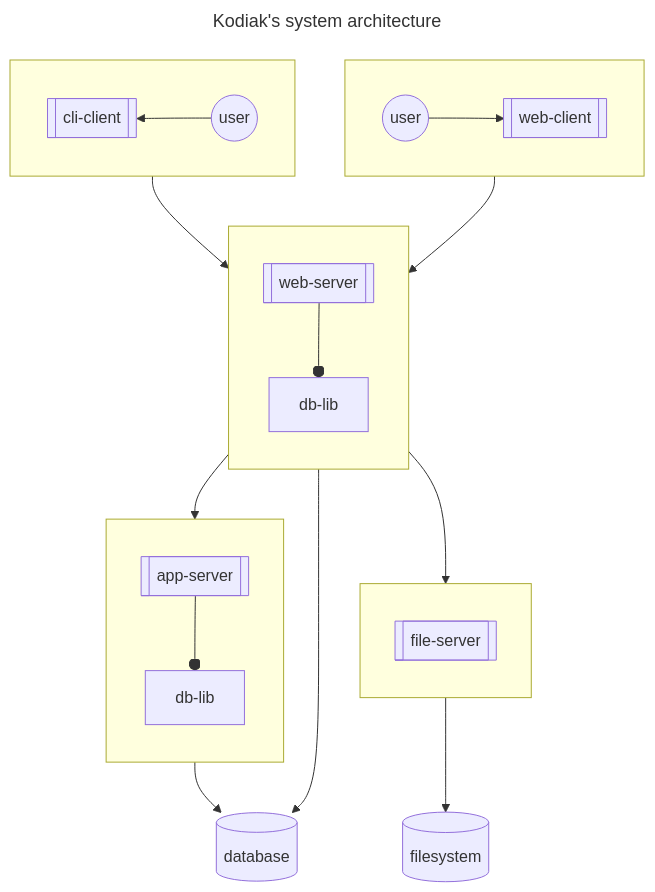
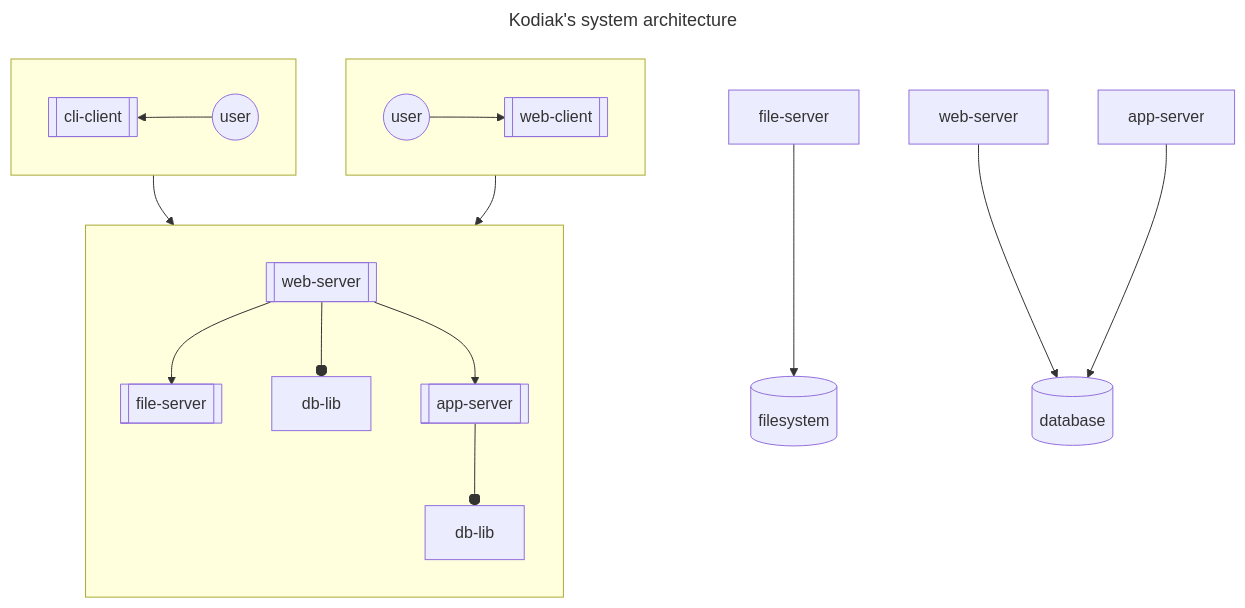
Before and after one commit to polarlabs/kodiak-diagrams: the first of 2 diagrams in SYSTEM-ARCHITECTURE.md, drawn with Mermaid.

Commit message:
fix: rearrange boxes.

````diff
--- a/SYSTEM-ARCHITECTURE.md
+++ b/SYSTEM-ARCHITECTURE.md
@@ -5,34 +5,28 @@
 ```mermaid
 ---
 title: Kodiak's system architecture
 ---
 flowchart TB
   direction TB
   subgraph user-web[ ]
     direction LR
     web-user((user)) --> web-client[[web-client]]
   end
   subgraph user-cli[ ]
     direction RL
     cli-user((user)) --> cli-client[[cli-client]]
   end
-  subgraph file-server[ ]
+  subgraph server[ ]
     direction TB
-    file-server.pro[[file-server]]
+    file-server.api[[file-server]]
+    web-server.api[[web-server]] --o web-server.db-lib[db-lib]
+    app-server.api[[app-server]] --o app-server.db-lib[db-lib]
   end
-  subgraph web-server[ ]
-    direction TB
-    web-server.pro[[web-server]] --o web-server.db-lib[db-lib]
-  end
-  subgraph app-server[ ]
-    direction TB
-    app-server.pro[[app-server]] --o app-server.db-lib[db-lib]
-  end
-  web-client --> web-server
-  cli-client --> web-server
-  web-server.pro --> file-server.pro
-  web-server.pro --> app-server.pro
+  web-client --> web-server.api
+  cli-client --> web-server.api
+  web-server.api --> file-server.api
+  web-server.api --> app-server.api
   file-server --> filesystem[(filesystem)]
   web-server --> database[(database)]
   app-server --> database[(database)]
 ```
````
